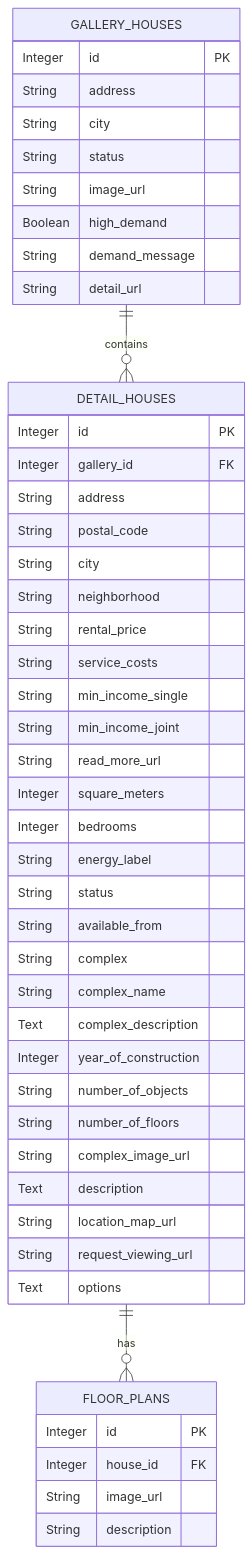
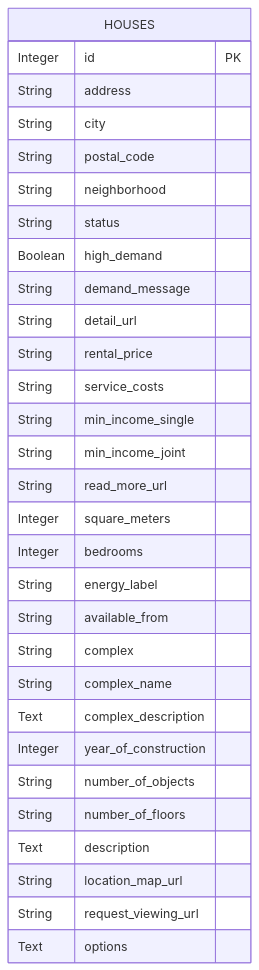
One commit to Darkshadenl/cursor_steal_house changed the second of 3 diagrams in docs/architecture.md. Above: the diagram before and after it, drawn with Mermaid. The commit also changed other lines of this file and 1 other file, not shown here.

````diff
--- a/docs/architecture.md
+++ b/docs/architecture.md
@@ -349,53 +347,33 @@
 ```mermaid
 erDiagram
-    GALLERY_HOUSES ||--o{ DETAIL_HOUSES : contains
-    DETAIL_HOUSES ||--o{ FLOOR_PLANS : has
-
-    GALLERY_HOUSES {
+    HOUSES {
         Integer id PK
         String address
         String city
+        String postal_code
+        String neighborhood
         String status
-        String image_url
         Boolean high_demand
         String demand_message
         String detail_url
-    }
-
-    DETAIL_HOUSES {
-        Integer id PK
-        Integer gallery_id FK
-        String address
-        String postal_code
-        String city
-        String neighborhood
         String rental_price
         String service_costs
         String min_income_single
         String min_income_joint
         String read_more_url
         Integer square_meters
         Integer bedrooms
         String energy_label
-        String status
         String available_from
         String complex
         String complex_name
         Text complex_description
         Integer year_of_construction
         String number_of_objects
         String number_of_floors
-        String complex_image_url
         Text description
         String location_map_url
         String request_viewing_url
         Text options
     }
-
-    FLOOR_PLANS {
-        Integer id PK
-        Integer house_id FK
-        String image_url
-        String description
-    }
 ```
````
